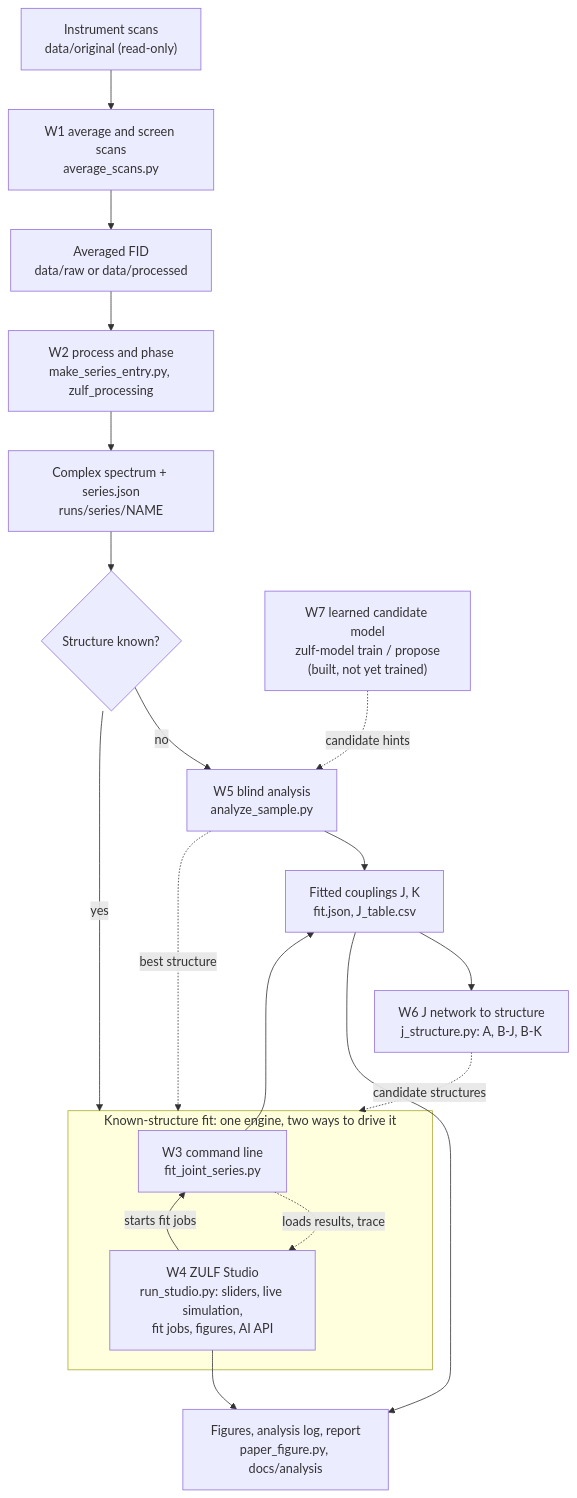
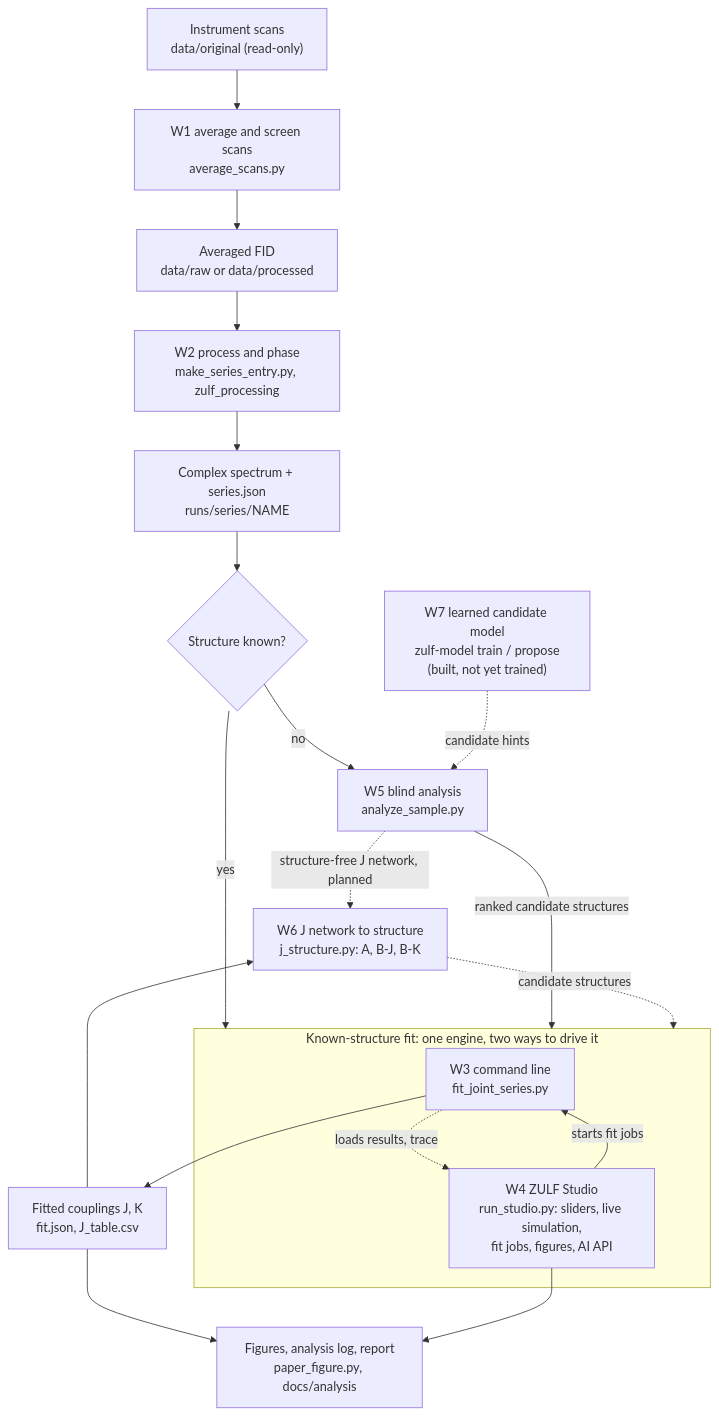
One commit to gao-xh/ZULF_Model changed the first of 8 diagrams in docs/WORKFLOW.md. Above: the diagram before and after it, drawn with Mermaid. The commit also changed other lines of this file, not shown here.

Commit message:
docs: blind analysis feeds the refined fit, not the coupling table, in the workflow map

````diff
--- a/docs/WORKFLOW.md
+++ b/docs/WORKFLOW.md
@@ -15,33 +15,33 @@
 ```mermaid
 flowchart TD
     scans["Instrument scans<br/>data/original (read-only)"]
     avg["W1 average and screen scans<br/>average_scans.py"]
     fid["Averaged FID<br/>data/raw or data/processed"]
     proc["W2 process and phase<br/>make_series_entry.py, zulf_processing"]
     spec["Complex spectrum + series.json<br/>runs/series/NAME"]
     known{"Structure known?"}
     blind["W5 blind analysis<br/>analyze_sample.py"]
     jnet["Fitted couplings J, K<br/>fit.json, J_table.csv"]
     j2s["W6 J network to structure<br/>j_structure.py: A, B-J, B-K"]
     report["Figures, analysis log, report<br/>paper_figure.py, docs/analysis"]
     nn["W7 learned candidate model<br/>zulf-model train / propose<br/>(built, not yet trained)"]
 
     subgraph known_fit["Known-structure fit: one engine, two ways to drive it"]
         fit["W3 command line<br/>fit_joint_series.py"]
         studio["W4 ZULF Studio<br/>run_studio.py: sliders, live simulation,<br/>fit jobs, figures, AI API"]
         studio -- starts fit jobs --> fit
         fit -. loads results, trace .-> studio
     end
 
     scans --> avg --> fid --> proc --> spec --> known
     known -- yes --> known_fit
     known -- no --> blind
-    blind -. best structure .-> known_fit
+    blind -- ranked candidate structures --> known_fit
+    blind -. structure-free J network, planned .-> j2s
     fit --> jnet
-    blind --> jnet
     jnet --> j2s
     j2s -. candidate structures .-> known_fit
     jnet --> report
     studio --> report
     nn -. candidate hints .-> blind
 ```
````
